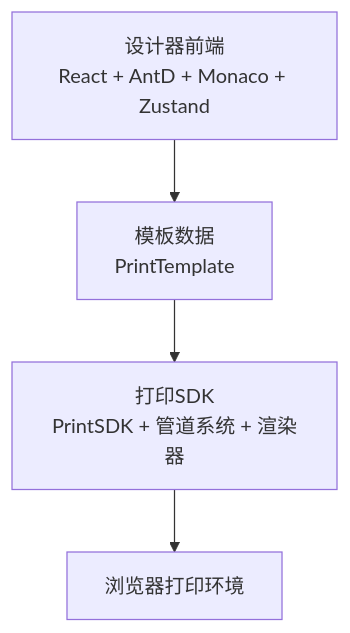
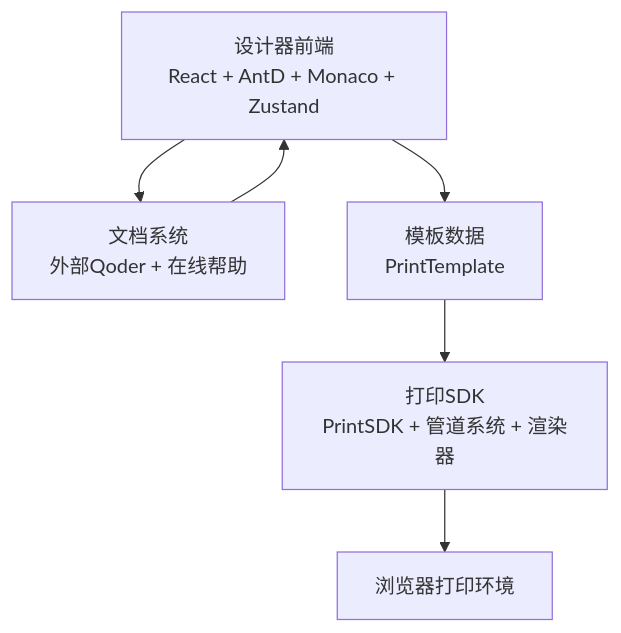
The second of 8 diagrams in .qoder/repowiki/zh/content/项目概述/技术栈.md (joker-yjc/printer), drawn with Mermaid before and after one commit. The commit also changed other lines of this file and 4 other files, not shown here.

````diff
--- a/.qoder/repowiki/zh/content/项目概述/技术栈.md
+++ b/.qoder/repowiki/zh/content/项目概述/技术栈.md
@@ -125,10 +153,13 @@
 ```mermaid
 graph TB
 UI["设计器前端<br/>React + AntD + Monaco + Zustand"]
 SDK["打印SDK<br/>PrintSDK + 管道系统 + 渲染器"]
+DOC["文档系统<br/>外部Qoder + 在线帮助"]
 TPL["模板数据<br/>PrintTemplate"]
 RUNTIME["浏览器打印环境"]
 UI --> TPL
 TPL --> SDK
 SDK --> RUNTIME
+UI --> DOC
+DOC --> UI
 ```
````
